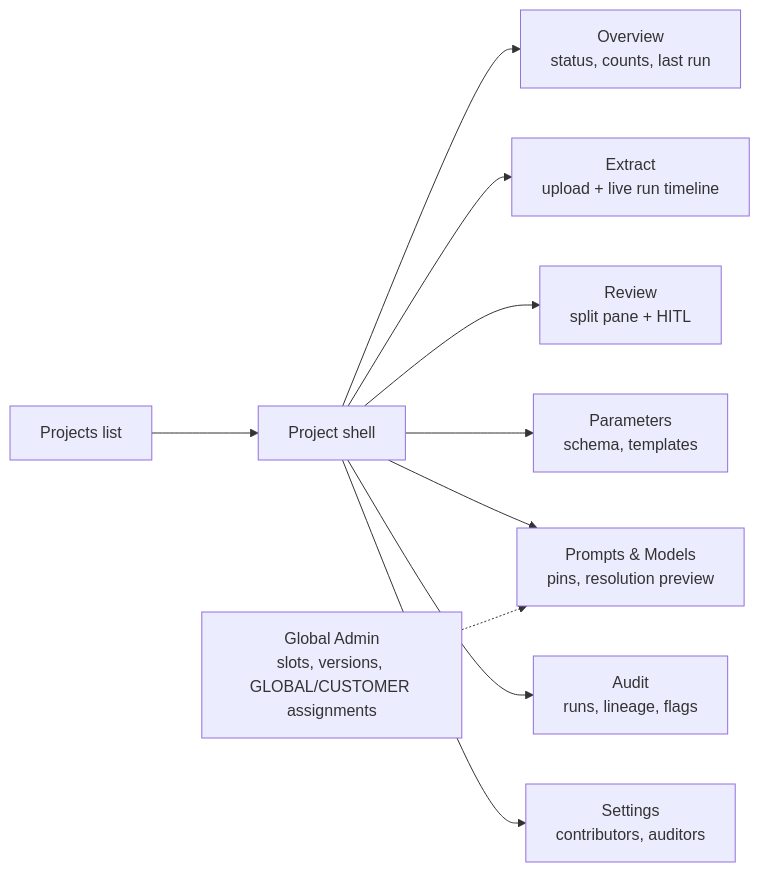
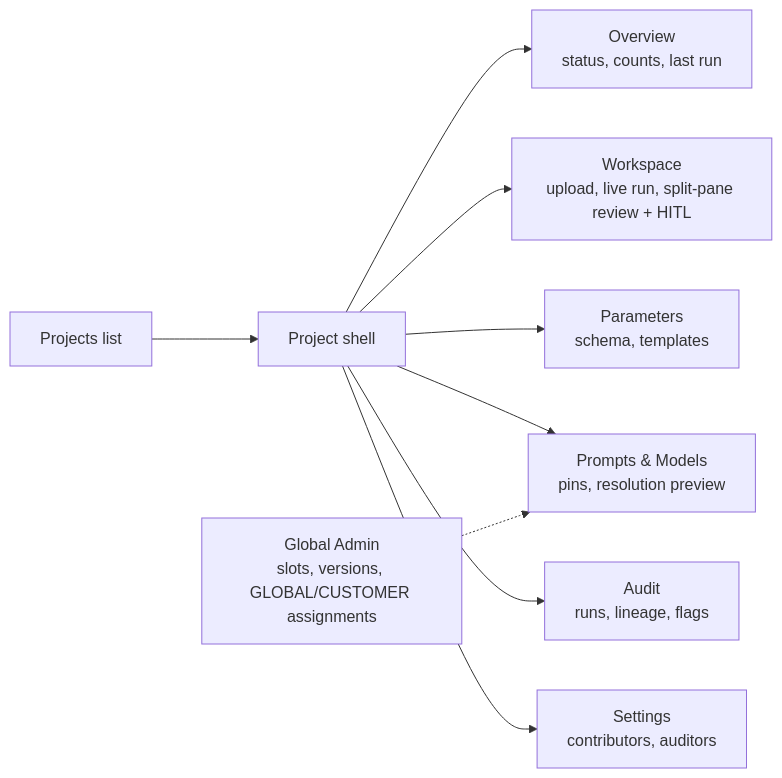
Before and after one commit to AbdallaElgali/processly-demo: the first of 6 diagrams in claude-notes/context/fe_rfc.md, drawn with Mermaid. The commit also changed other lines of this file and 44 other files, not shown here.

````diff
--- a/claude-notes/context/fe_rfc.md
+++ b/claude-notes/context/fe_rfc.md
@@ -42,12 +42,11 @@
 ```mermaid
 flowchart LR
   Home[Projects list] --> P[Project shell]
   P --> O[Overview<br/>status, counts, last run]
-  P --> E[Extract<br/>upload + live run timeline]
-  P --> R[Review<br/>split pane + HITL]
+  P --> W[Workspace<br/>upload, live run, split-pane review + HITL]
   P --> PA[Parameters<br/>schema, templates]
   P --> PM[Prompts & Models<br/>pins, resolution preview]
   P --> AU[Audit<br/>runs, lineage, flags]
   P --> S[Settings<br/>contributors, auditors]
   Admin[Global Admin<br/>slots, versions, GLOBAL/CUSTOMER assignments] -.-> PM
 ```
````
